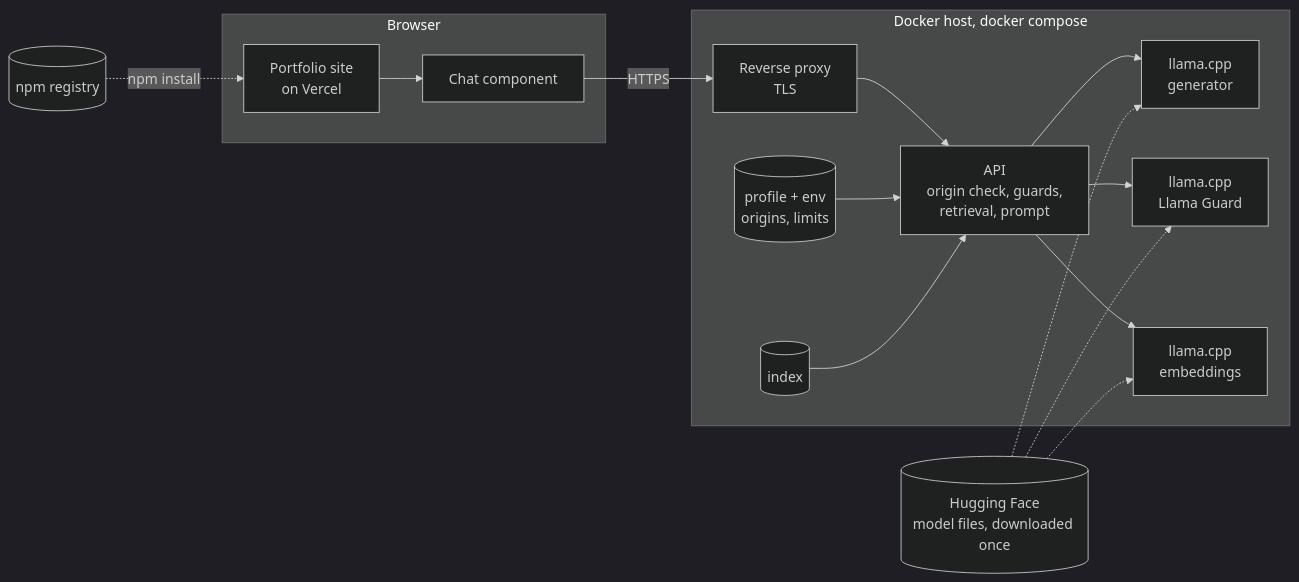
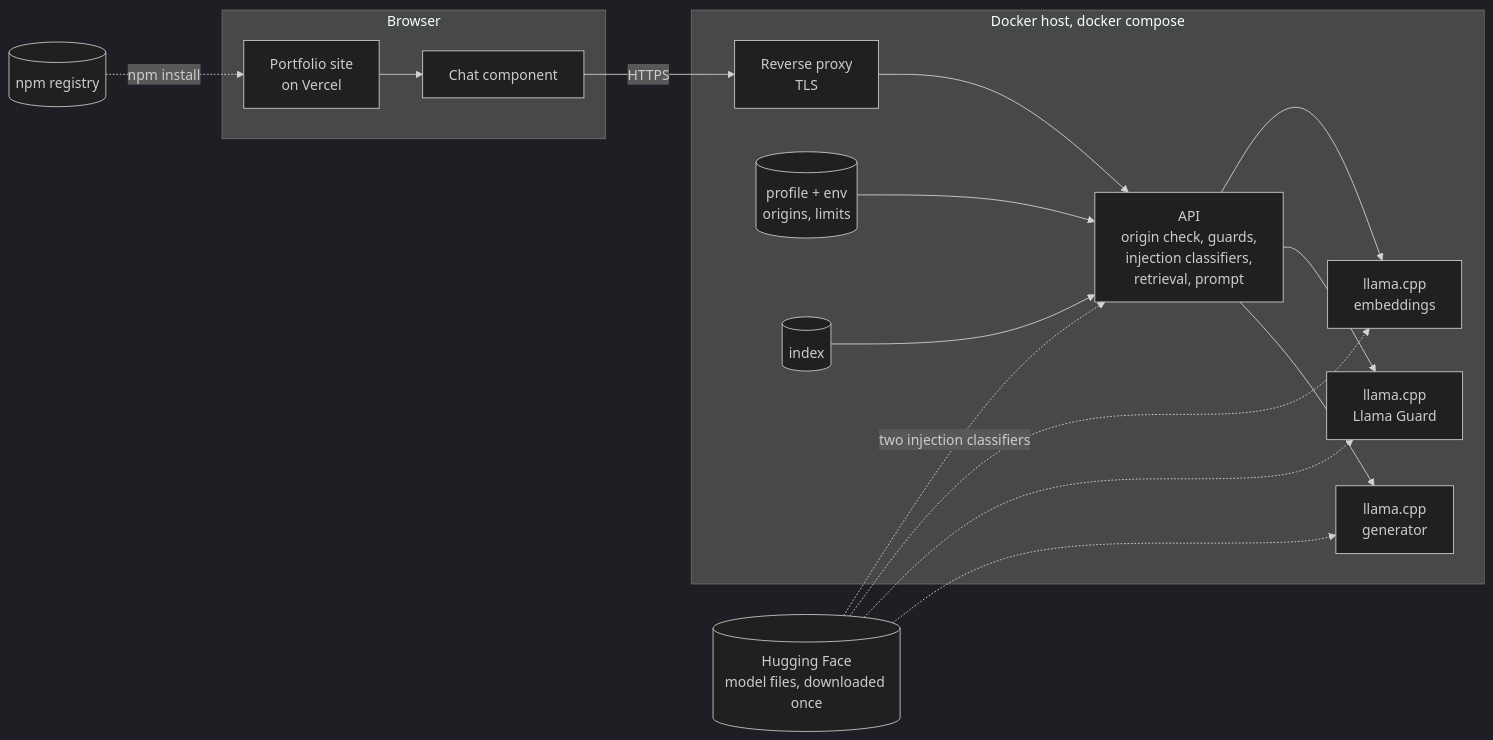
The diagram in docs/learn/diagrams/sd-06-containers.mmd (markbarbuto/vitae-ai), drawn with Mermaid (dark theme) before and after one commit. The commit also changed 121 other files, not shown here.

```diff
--- a/docs/learn/diagrams/sd-06-containers.mmd
+++ b/docs/learn/diagrams/sd-06-containers.mmd
@@ -1,17 +1,18 @@
 flowchart LR
   subgraph Browser
     Host["Portfolio site<br/>on Vercel"] --> Chat["Chat component"]
   end
   subgraph Server["Docker host, docker compose"]
-    Proxy["Reverse proxy<br/>TLS"] --> API["API<br/>origin check, guards,<br/>retrieval, prompt"]
+    Proxy["Reverse proxy<br/>TLS"] --> API["API<br/>origin check, guards,<br/>injection classifiers,<br/>retrieval, prompt"]
     API --> GenS["llama.cpp<br/>generator"]
     API --> GuardS["llama.cpp<br/>Llama Guard"]
     API --> EmbS["llama.cpp<br/>embeddings"]
     Config[("profile + env<br/>origins, limits")] --> API
     Index[("index")] --> API
   end
   Chat -->|"HTTPS"| Proxy
   HF[("Hugging Face<br/>model files, downloaded once")] -.-> GenS
   HF -.-> GuardS
   HF -.-> EmbS
+  HF -.->|"two injection classifiers"| API
   NPM[("npm registry")] -.->|"npm install"| Host
```
